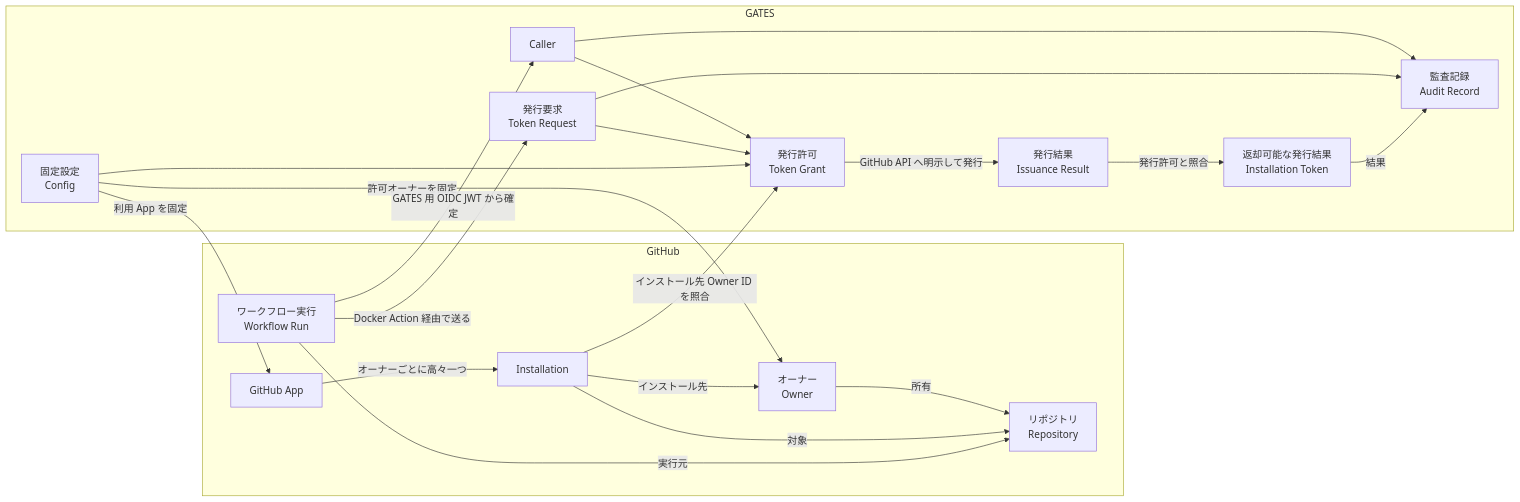
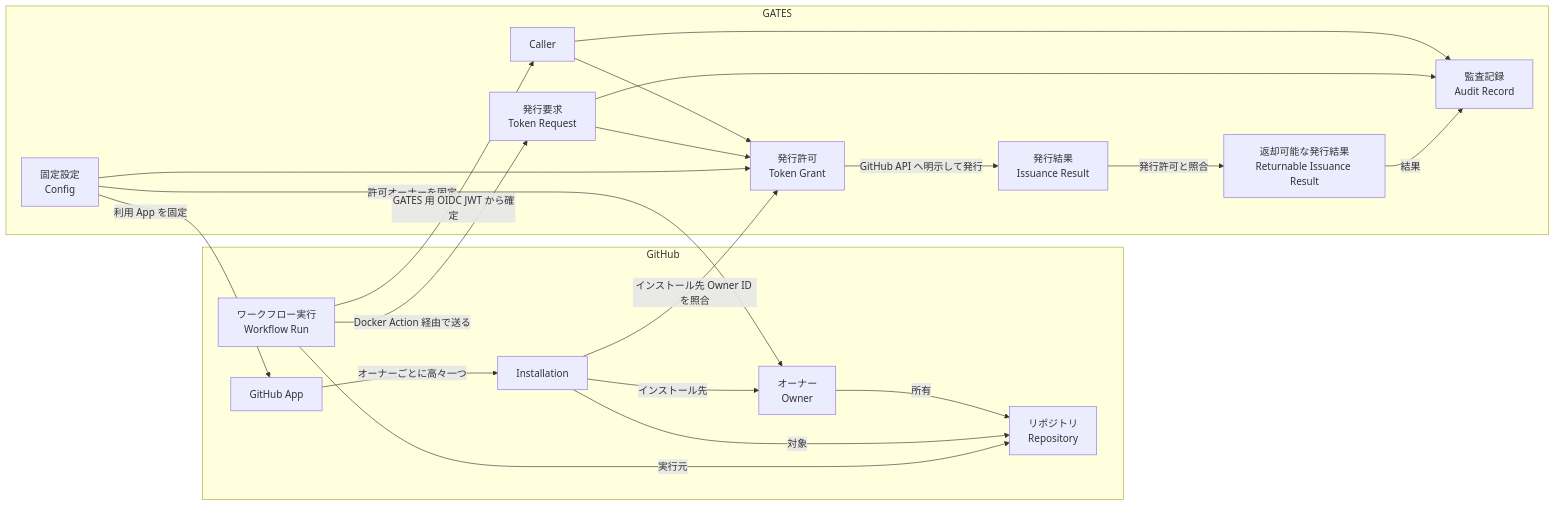
The first of 3 diagrams in docs/design/domain.md (tmknom/gates), drawn with Mermaid before and after one commit. The commit also changed other lines of this file and 33 other files, not shown here.

````diff
--- a/docs/design/domain.md
+++ b/docs/design/domain.md
@@ -228,37 +237,37 @@
 ```mermaid
 flowchart LR
   subgraph GitHub
     O[オーナー<br/>Owner]
     R[リポジトリ<br/>Repository]
     APP[GitHub App]
     INS[Installation]
     WF[ワークフロー実行<br/>Workflow Run]
   end
   subgraph GATES
     CFG[固定設定<br/>Config]
     C[Caller]
     REQ[発行要求<br/>Token Request]
     G[発行許可<br/>Token Grant]
     RES[発行結果<br/>Issuance Result]
-    IT[返却可能な発行結果<br/>Installation Token]
+    IT[返却可能な発行結果<br/>Returnable Issuance Result]
     AUD[監査記録<br/>Audit Record]
   end
   O -->|所有| R
   APP -->|オーナーごとに高々一つ| INS
   INS -->|インストール先| O
   INS -->|対象| R
   WF -->|実行元| R
   CFG -->|許可オーナーを固定| O
   CFG -->|利用 App を固定| APP
   WF -->|GATES 用 OIDC JWT から確定| C
   WF -->|Docker Action 経由で送る| REQ
   C --> G
   REQ --> G
   CFG --> G
   INS -->|インストール先 Owner ID を照合| G
   G -->|GitHub API へ明示して発行| RES
   RES -->|発行許可と照合| IT
   C --> AUD
   REQ --> AUD
   IT -->|結果| AUD
 ```
````
